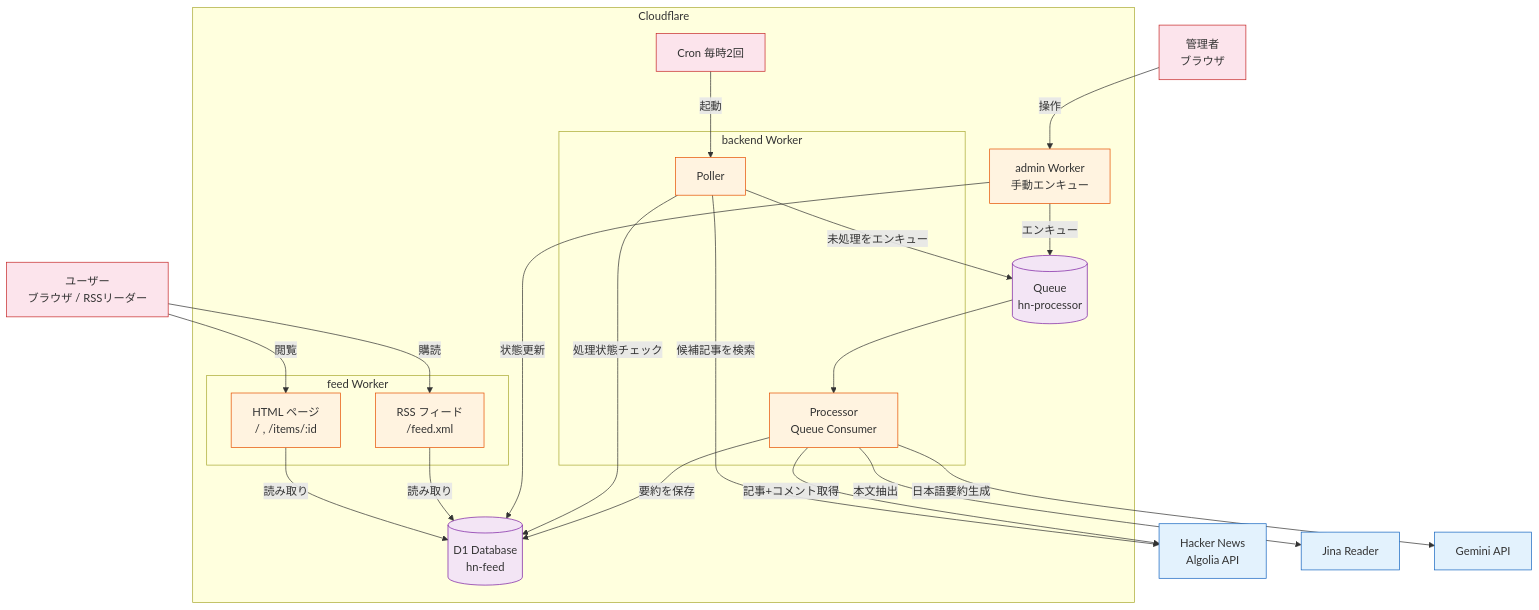
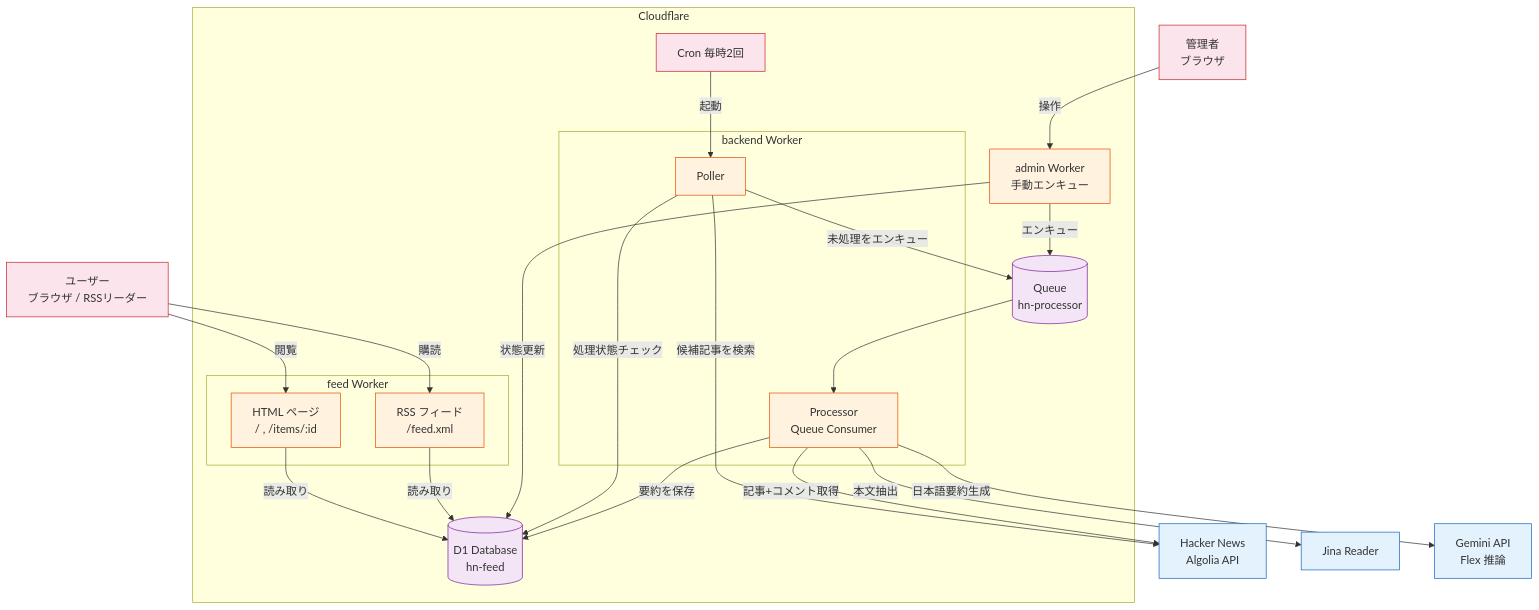
The diagram in architecture.mermaid (kui/hn-ja-summary), drawn with Mermaid before and after one commit. The commit also changed 6 other files, not shown here.

First line of the commit message:
Switch summaries to gemini-3.5-flash-lite on Flex inference

```diff
--- a/architecture.mermaid
+++ b/architecture.mermaid
@@ -1,57 +1,57 @@
 graph TB
     USER["ユーザー<br/>ブラウザ / RSSリーダー"]
     ADMIN_USER["管理者<br/>ブラウザ"]
 
     subgraph CF["Cloudflare"]
         ADMIN["admin Worker<br/>手動エンキュー"]
 
         CRON["Cron 毎時2回"]
         subgraph Backend["backend Worker"]
             POLLER["Poller"]
             PROCESSOR["Processor<br/>Queue Consumer"]
         end
 
         subgraph Feed["feed Worker"]
             FEED_HTML["HTML ページ<br/>/ , /items/:id"]
             FEED_RSS["RSS フィード<br/>/feed.xml"]
         end
 
         QUEUE[("Queue<br/>hn-processor")]
         DB[("D1 Database<br/>hn-feed")]
     end
 
     HN["Hacker News<br/>Algolia API"]
     JINA["Jina Reader"]
-    GEMINI["Gemini API"]
+    GEMINI["Gemini API<br/>Flex 推論"]
 
     USER -->|"閲覧"| FEED_HTML
     USER -->|"購読"| FEED_RSS
     ADMIN_USER -->|"操作"| ADMIN
     CRON -->|起動| POLLER
 
     FEED_HTML -->|"読み取り"| DB
     FEED_RSS -->|"読み取り"| DB
 
     ADMIN -->|"エンキュー"| QUEUE
     ADMIN -->|"状態更新"| DB
 
     POLLER -->|"未処理をエンキュー"| QUEUE
     POLLER -->|"処理状態チェック"| DB
 
     QUEUE --> PROCESSOR
 
     POLLER -->|"候補記事を検索"| HN
     PROCESSOR -->|"記事+コメント取得"| HN
     PROCESSOR -->|"本文抽出"| JINA
     PROCESSOR -->|"日本語要約生成"| GEMINI
     PROCESSOR -->|"要約を保存"| DB
 
     classDef ext fill:#e3f2fd,stroke:#1565c0
     classDef worker fill:#fff3e0,stroke:#e65100
     classDef storage fill:#f3e5f5,stroke:#7b1fa2
     classDef user fill:#fce4ec,stroke:#c62828
 
     class HN,JINA,GEMINI ext
     class POLLER,PROCESSOR,FEED_HTML,FEED_RSS,ADMIN worker
     class QUEUE,DB storage
     class USER,ADMIN_USER,CRON user
```
